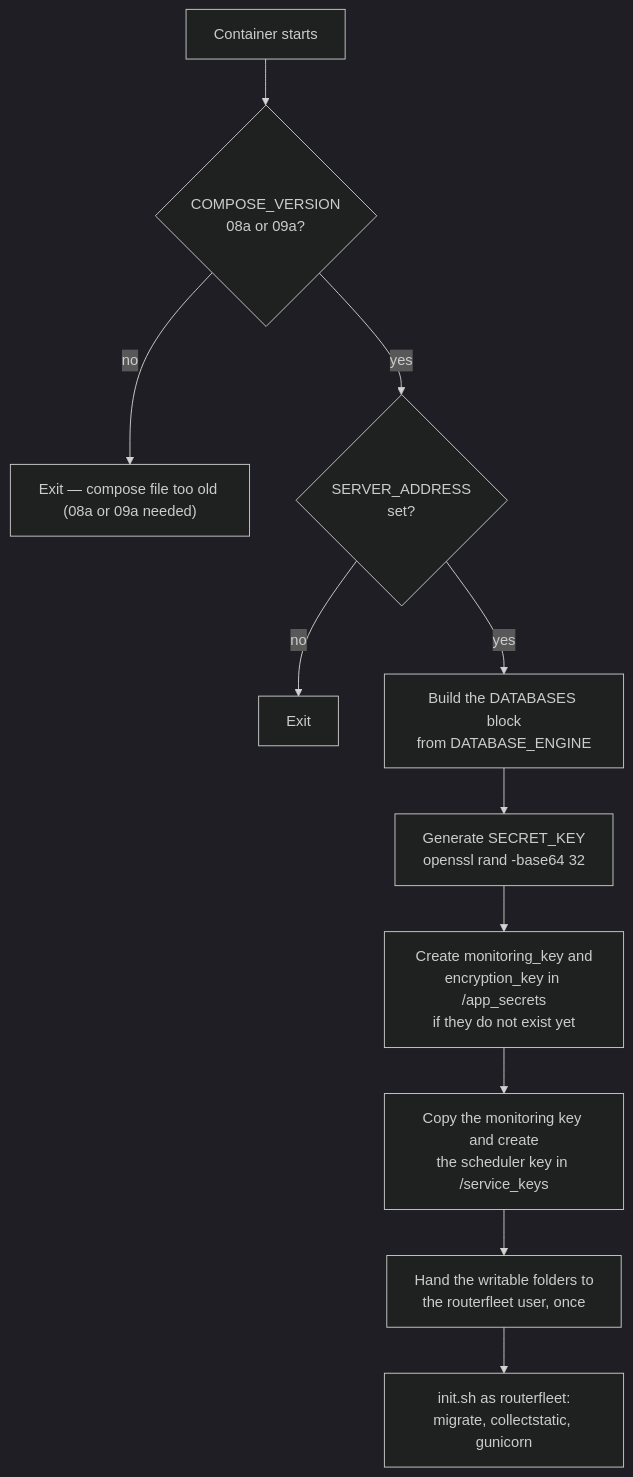
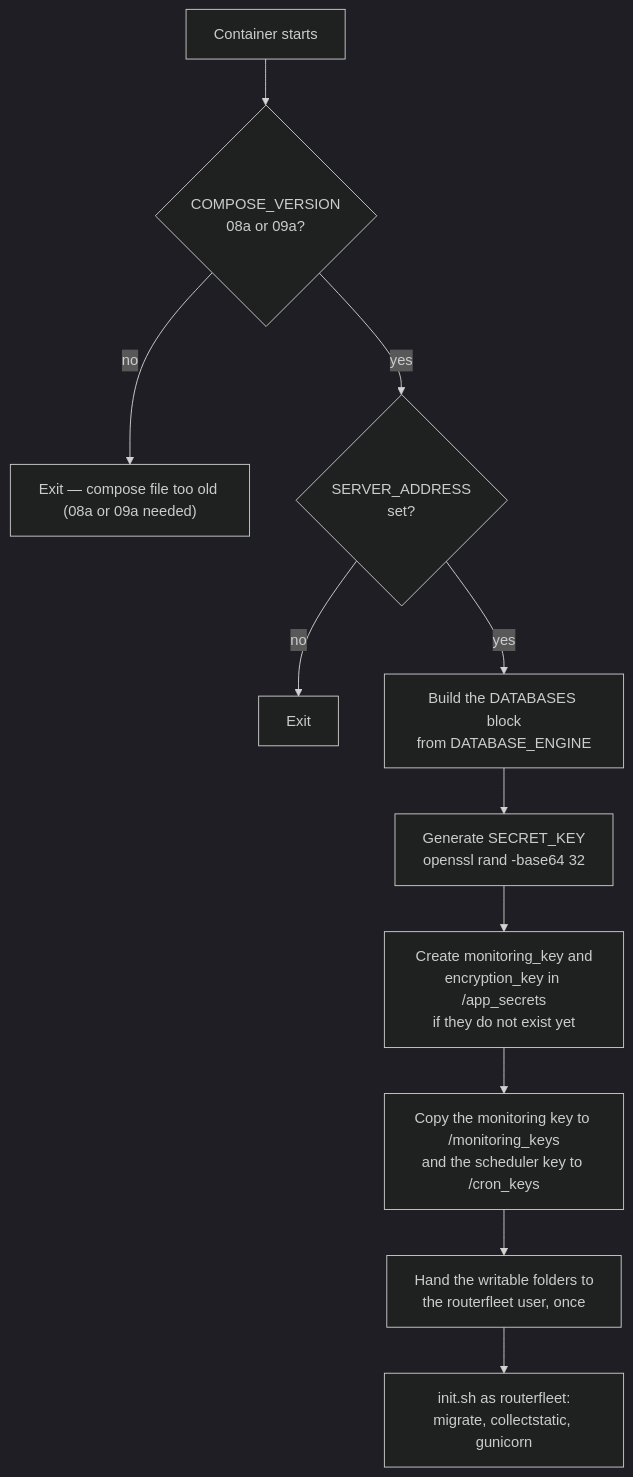
One commit to alessiobravi/routerfleet_improved changed the third of 4 diagrams in docs/architecture.md. Above: the diagram before and after it, drawn with Mermaid (dark theme). The commit also changed other lines of this file and 16 other files, not shown here.

````diff
--- a/docs/architecture.md
+++ b/docs/architecture.md
@@ -100,13 +103,13 @@
 ```mermaid
 flowchart TD
     start["Container starts"] --> check{"COMPOSE_VERSION<br/>08a or 09a?"}
     check -->|no| fail["Exit — compose file too old (08a or 09a needed)"]
     check -->|yes| addr{"SERVER_ADDRESS<br/>set?"}
     addr -->|no| fail2["Exit"]
     addr -->|yes| dbsel["Build the DATABASES block<br/>from DATABASE_ENGINE"]
     dbsel --> secret["Generate SECRET_KEY<br/>openssl rand -base64 32"]
     secret --> keys["Create monitoring_key and<br/>encryption_key in /app_secrets<br/>if they do not exist yet"]
-    keys --> svc["Copy the monitoring key and create<br/>the scheduler key in /service_keys"]
+    keys --> svc["Copy the monitoring key to /monitoring_keys<br/>and the scheduler key to /cron_keys"]
     svc --> drop["Hand the writable folders to<br/>the routerfleet user, once"]
     drop --> init["init.sh as routerfleet:<br/>migrate, collectstatic, gunicorn"]
 ```
````
